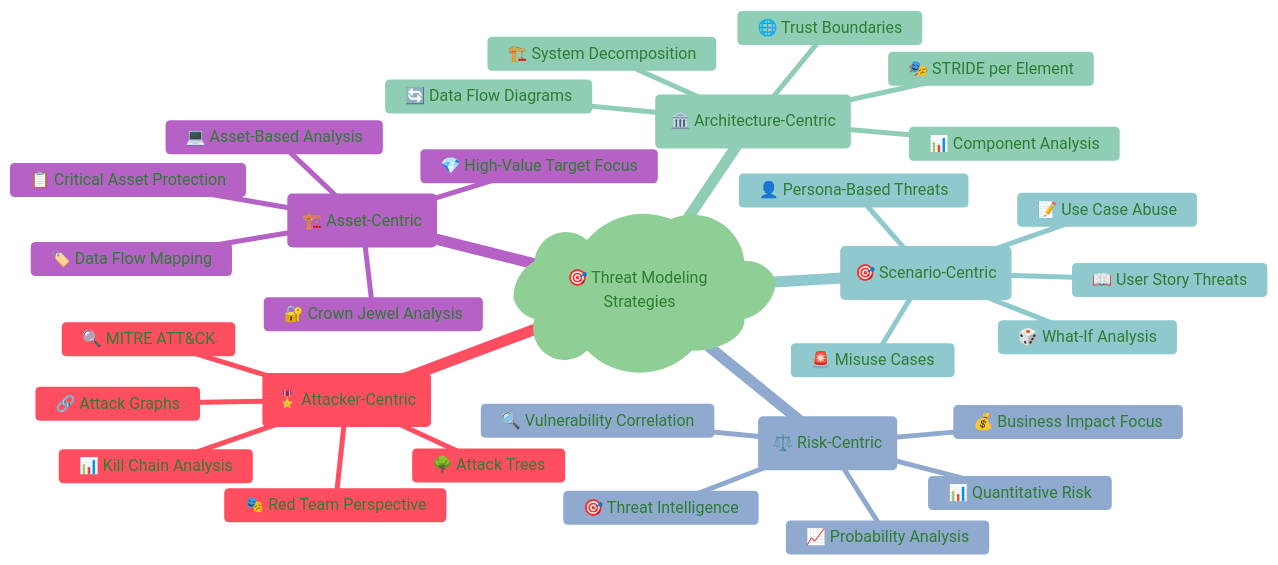
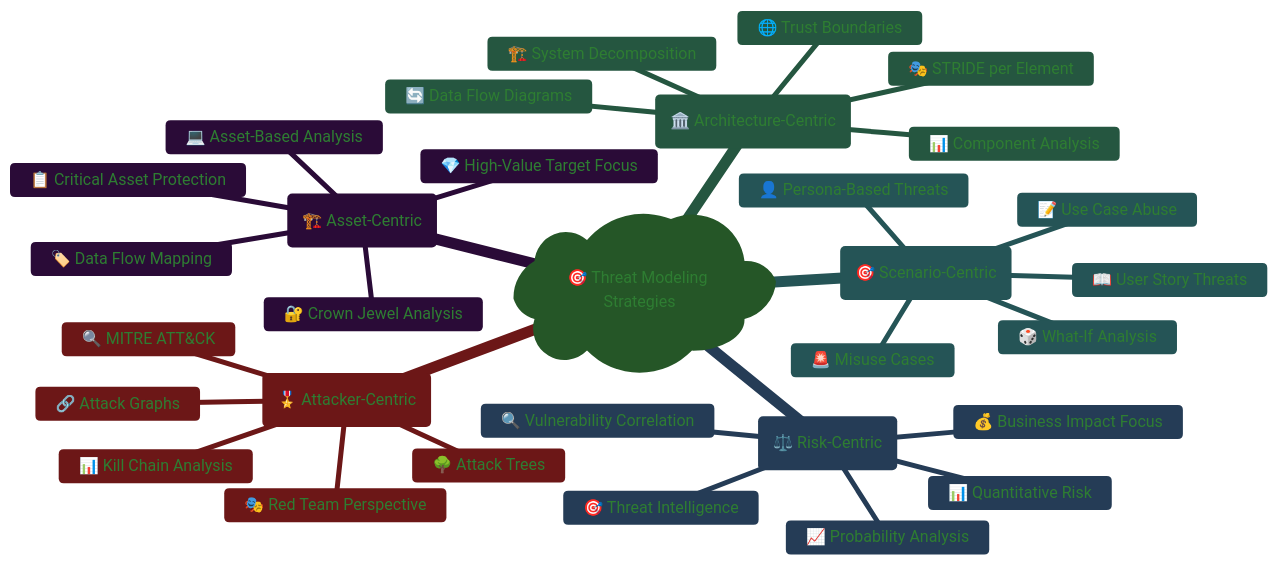
One commit to Hack23/ISMS-PUBLIC changed the first of 10 diagrams in Threat_Modeling.md. Above: the diagram before and after it, drawn with Mermaid. The commit also changed other lines of this file and 35 other files, not shown here.

````diff
--- a/Threat_Modeling.md
+++ b/Threat_Modeling.md
@@ -184,46 +184,46 @@
 ```mermaid
 %%{
   init: {
     'theme': 'base',
     'themeVariables': {
-      'primaryColor': '#e8f5e9',
-      'primaryTextColor': '#2e7d32',
-      'lineColor': '#4caf50',
-      'secondaryColor': '#ffcdd2',
-      'tertiaryColor': '#e1bee7'
+      'primaryColor': '#4CAF50',
+      'primaryTextColor': '#2E7D32',
+      'lineColor': '#4CAF50',
+      'secondaryColor': '#D32F2F',
+      'tertiaryColor': '#7B1FA2'
     }
   }
 }%%
 mindmap
   root)🎯 Threat Modeling Strategies(
     (🎖️ Attacker-Centric)
       🔍 MITRE ATT&CK
       🌳 Attack Trees
       🎭 Red Team Perspective
       📊 Kill Chain Analysis
       🔗 Attack Graphs
     (🏗️ Asset-Centric)
       💻 Asset-Based Analysis
       🏷️ Data Flow Mapping
       📋 Critical Asset Protection
       🔐 Crown Jewel Analysis
       💎 High-Value Target Focus
     (🏛️ Architecture-Centric)
       🎭 STRIDE per Element
       🔄 Data Flow Diagrams
       🏗️ System Decomposition
       🌐 Trust Boundaries
       📊 Component Analysis
     (🎯 Scenario-Centric)
       📝 Use Case Abuse
       🚨 Misuse Cases
       👤 Persona-Based Threats
       🎲 What-If Analysis
       📖 User Story Threats
     (⚖️ Risk-Centric)
       📊 Quantitative Risk
       🎯 Threat Intelligence
       📈 Probability Analysis
       💰 Business Impact Focus
       🔍 Vulnerability Correlation
 ```
````
